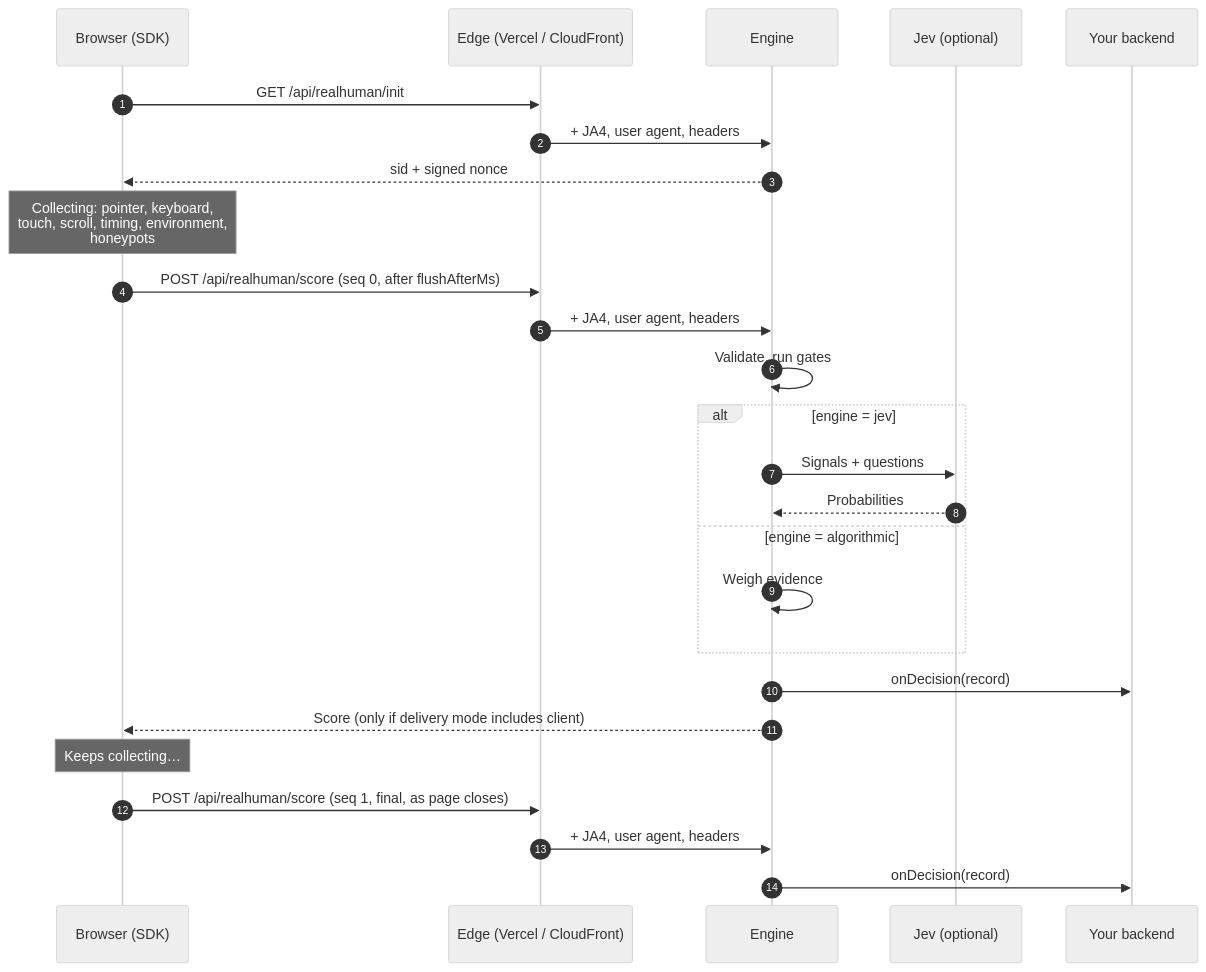
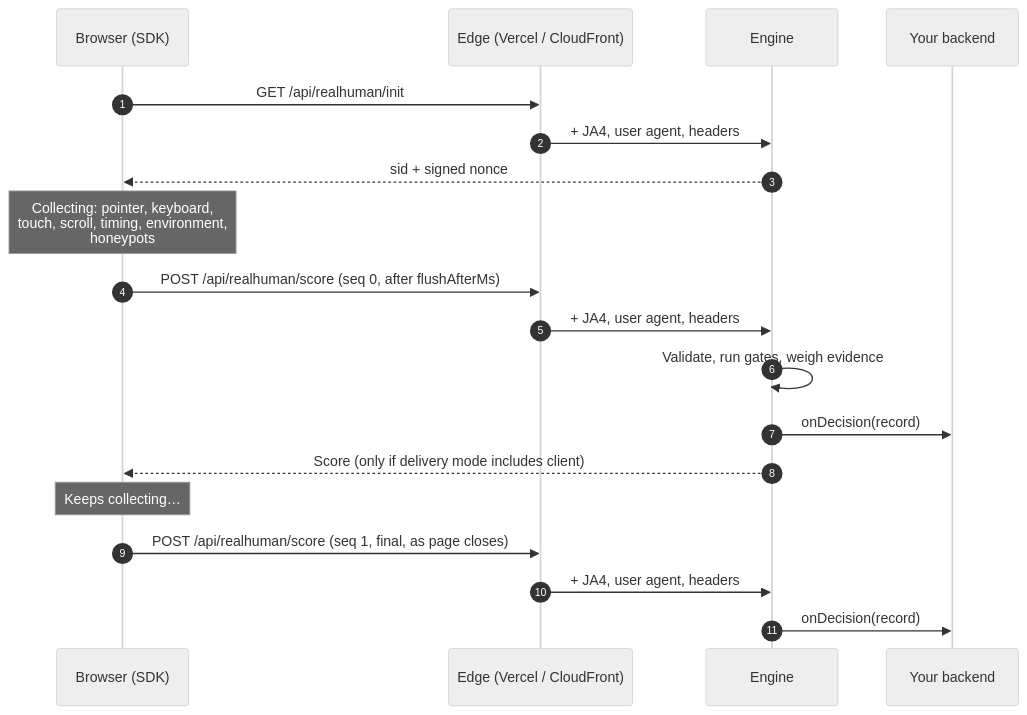
The diagram in docs/getting-started/how-it-works.md (BritLuey/realhuman), drawn with Mermaid (neutral theme) before and after one commit. The commit also changed other lines of this file and 81 other files, not shown here.

First line of the commit message:
feat: user ids in records and a graphics-vs-OS check; remove Jev and shadow mode

````diff
--- a/docs/getting-started/how-it-works.md
+++ b/docs/getting-started/how-it-works.md
@@ -8,29 +8,22 @@
 ```mermaid
 sequenceDiagram
     autonumber
     participant B as Browser (SDK)
     participant E as Edge (Vercel / CloudFront)
     participant S as Engine
-    participant J as Jev (optional)
     participant D as Your backend
 
     B->>E: GET /api/realhuman/init
     E->>S: + JA4, user agent, headers
     S-->>B: sid + signed nonce
     Note over B: Collecting: pointer, keyboard,<br/>touch, scroll, timing, environment,<br/>honeypots
     B->>E: POST /api/realhuman/score (seq 0, after flushAfterMs)
     E->>S: + JA4, user agent, headers
-    S->>S: Validate, run gates
-    alt engine = jev
-        S->>J: Signals + questions
-        J-->>S: Probabilities
-    else engine = algorithmic
-        S->>S: Weigh evidence
-    end
+    S->>S: Validate, run gates, weigh evidence
     S->>D: onDecision(record)
     S-->>B: Score (only if delivery mode includes client)
     Note over B: Keeps collecting…
     B->>E: POST /api/realhuman/score (seq 1, final, as page closes)
     E->>S: + JA4, user agent, headers
     S->>D: onDecision(record)
 ```
````
